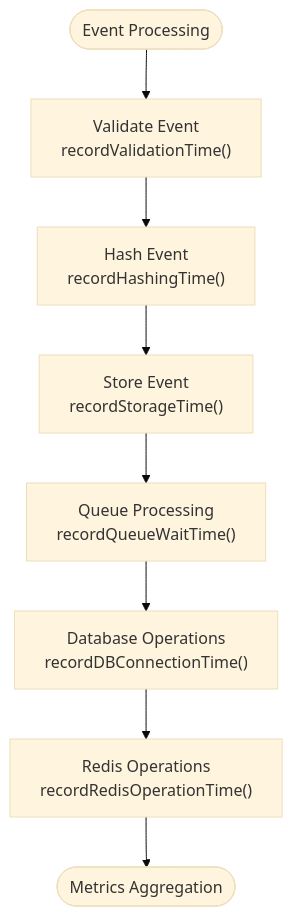
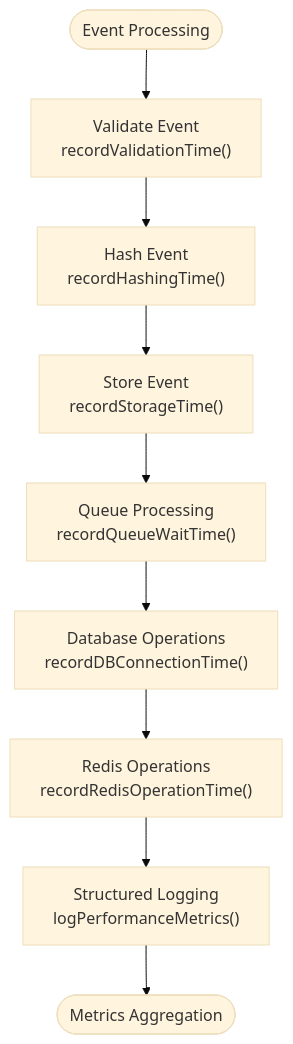
One commit to smedrec/smart-logs changed the second of 13 diagrams in .qoder/repowiki/en/content/Audit Core System/Observability/Observability.md. Above: the diagram before and after it, drawn with Mermaid (base theme). The commit also changed other lines of this file and 13 other files, not shown here.

First line of the commit message:
feat(logging): replace ConsoleLogger with StructuredLogger system

````diff
--- a/.qoder/repowiki/en/content/Audit Core System/Observability/Observability.md
+++ b/.qoder/repowiki/en/content/Audit Core System/Observability/Observability.md
@@ -84,10 +89,11 @@
 ```mermaid
 flowchart TD
 Start([Event Processing]) --> A["Validate Event<br/>recordValidationTime()"]
 A --> B["Hash Event<br/>recordHashingTime()"]
 B --> C["Store Event<br/>recordStorageTime()"]
 C --> D["Queue Processing<br/>recordQueueWaitTime()"]
 D --> E["Database Operations<br/>recordDBConnectionTime()"]
 E --> F["Redis Operations<br/>recordRedisOperationTime()"]
-F --> End([Metrics Aggregation])
+F --> G["Structured Logging<br/>logPerformanceMetrics()"]
+G --> End([Metrics Aggregation])
 ```
````
